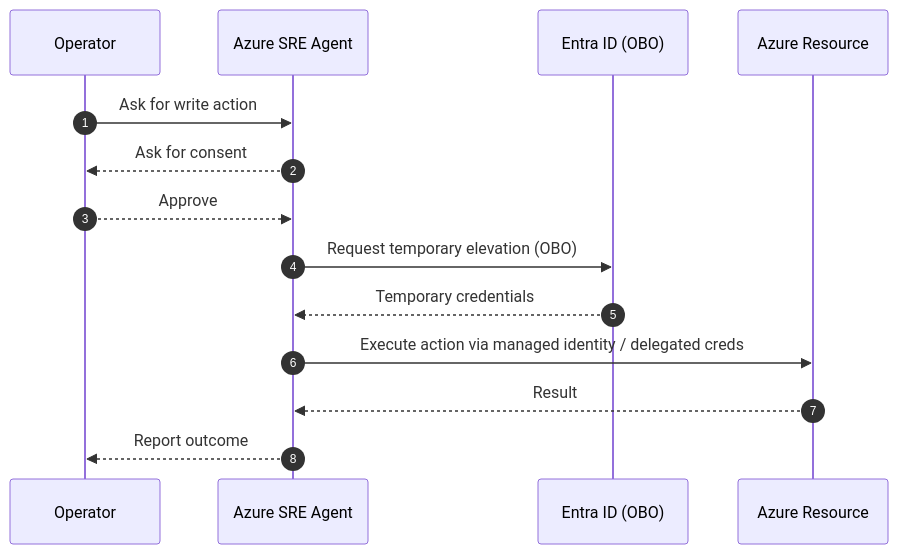
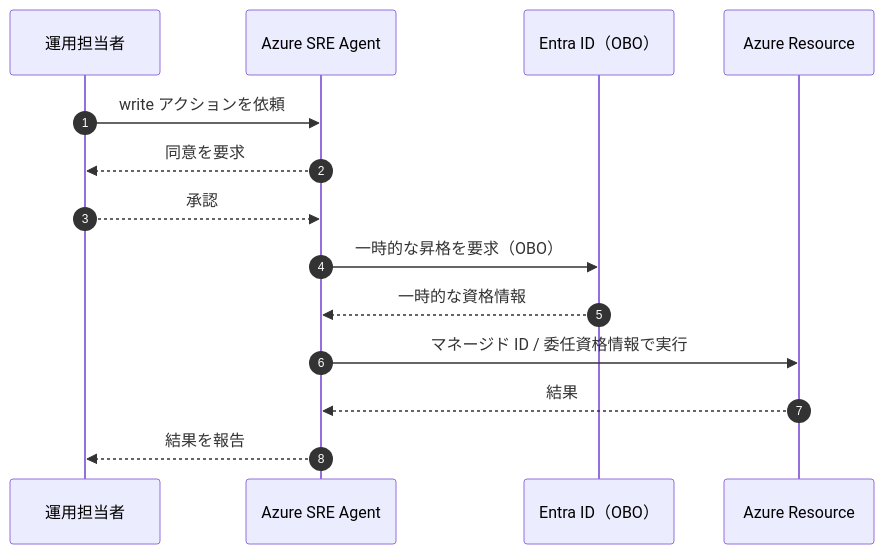
Before and after one commit to TakumiSeo/Tech-BLOG: the fourth of 12 diagrams in content/posts/ja-jp/sre-agent-planning.md, drawn with Mermaid. The commit also changed other lines of this file, not shown here.

````diff
--- a/content/posts/ja-jp/sre-agent-planning.md
+++ b/content/posts/ja-jp/sre-agent-planning.md
@@ -195,17 +195,17 @@
 ```mermaid
 sequenceDiagram
   autonumber
-  participant User as Operator
+  participant User as 運用担当者
   participant Agent as Azure SRE Agent
-  participant Entra as Entra ID (OBO)
+  participant Entra as Entra ID（OBO）
   participant Azure as Azure Resource
 
-  User->>Agent: Ask for write action
-  Agent-->>User: Ask for consent
-  User-->>Agent: Approve
-  Agent->>Entra: Request temporary elevation (OBO)
-  Entra-->>Agent: Temporary credentials
-  Agent->>Azure: Execute action via managed identity / delegated creds
-  Azure-->>Agent: Result
-  Agent-->>User: Report outcome
+  User->>Agent: write アクションを依頼
+  Agent-->>User: 同意を要求
+  User-->>Agent: 承認
+  Agent->>Entra: 一時的な昇格を要求（OBO）
+  Entra-->>Agent: 一時的な資格情報
+  Agent->>Azure: マネージド ID / 委任資格情報で実行
+  Azure-->>Agent: 結果
+  Agent-->>User: 結果を報告
 ```
````
